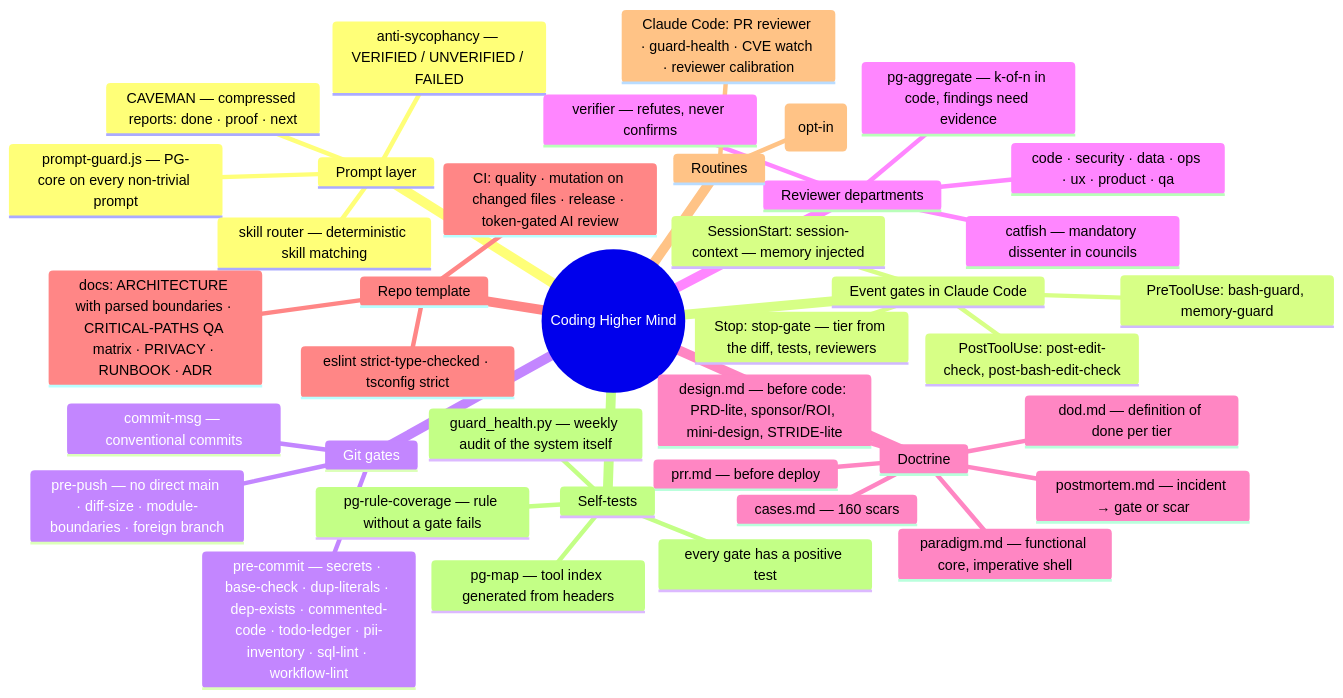
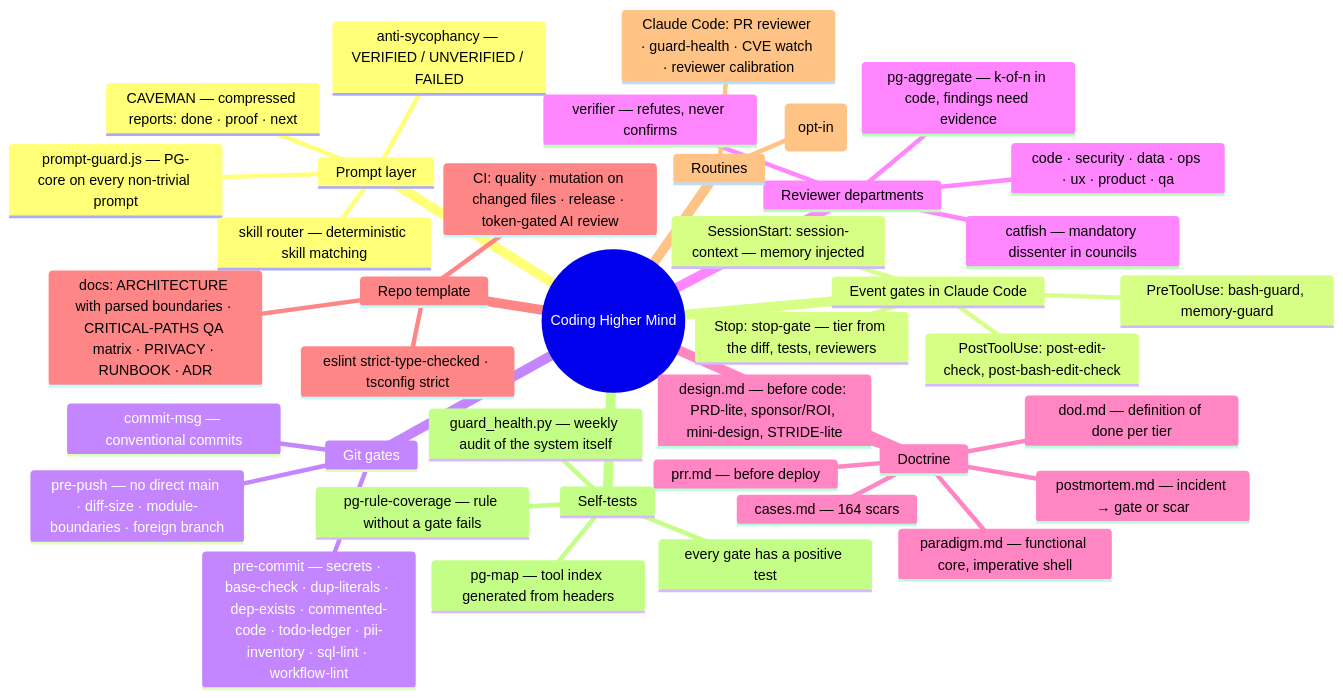
One commit to kamiljan11/coding-higher-mind changed the first of 4 diagrams in docs/ARCHITECTURE.md. Above: the diagram before and after it, drawn with Mermaid. The commit also changed other lines of this file and 62 other files, not shown here.

````diff
--- a/docs/ARCHITECTURE.md
+++ b/docs/ARCHITECTURE.md
@@ -8,42 +8,42 @@
 ```mermaid
 mindmap
   root((Coding Higher Mind))
     Prompt layer
       prompt-guard.js — PG-core on every non-trivial prompt
       CAVEMAN — compressed reports: done · proof · next
       anti-sycophancy — VERIFIED / UNVERIFIED / FAILED
       skill router — deterministic skill matching
     Event gates in Claude Code
       PreToolUse: bash-guard, memory-guard
       PostToolUse: post-edit-check, post-bash-edit-check
       Stop: stop-gate — tier from the diff, tests, reviewers
       SessionStart: session-context — memory injected
     Git gates
       commit-msg — conventional commits
       pre-commit — secrets · base-check · dup-literals · dep-exists · commented-code · todo-ledger · pii-inventory · sql-lint · workflow-lint
       pre-push — no direct main · diff-size · module-boundaries · foreign branch
     Reviewer departments
       code · security · data · ops · ux · product · qa
       verifier — refutes, never confirms
       catfish — mandatory dissenter in councils
       pg-aggregate — k-of-n in code, findings need evidence
     Doctrine
       design.md — before code: PRD-lite, sponsor/ROI, mini-design, STRIDE-lite
       dod.md — definition of done per tier
       prr.md — before deploy
       postmortem.md — incident → gate or scar
       paradigm.md — functional core, imperative shell
-      cases.md — 160 scars
+      cases.md — 164 scars
     Repo template
       CI: quality · mutation on changed files · release · token-gated AI review
       docs: ARCHITECTURE with parsed boundaries · CRITICAL-PATHS QA matrix · PRIVACY · RUNBOOK · ADR
       eslint strict-type-checked · tsconfig strict
     Routines
       Claude Code: PR reviewer · guard-health · CVE watch · reviewer calibration
       Cowork: watchdog · backup+restore · sessions→memory · weekly report · self-evolution (opt-in)
     Self-tests
       every gate has a positive test
       pg-rule-coverage — rule without a gate fails
       pg-map — tool index generated from headers
       guard_health.py — weekly audit of the system itself
 ```
````
